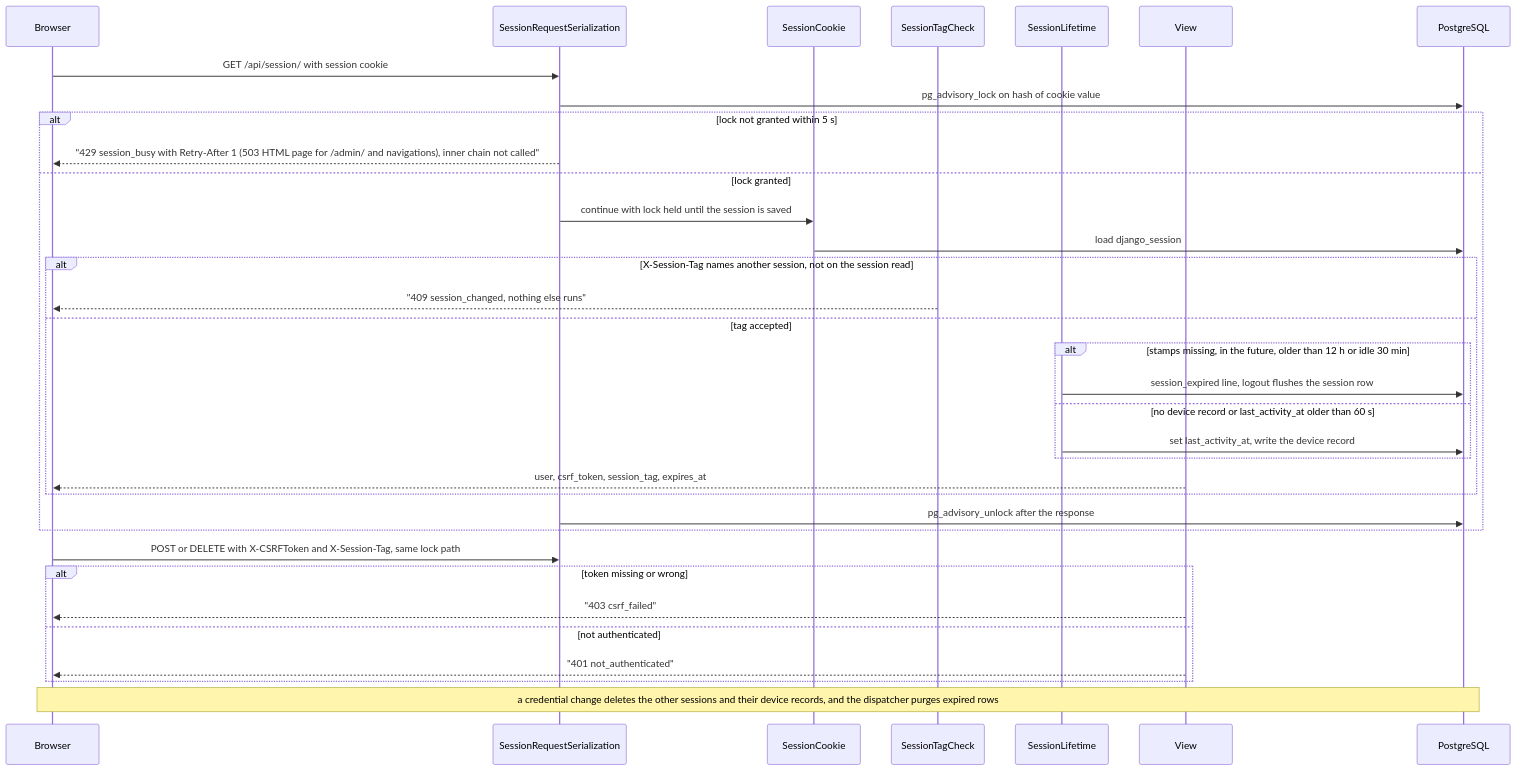
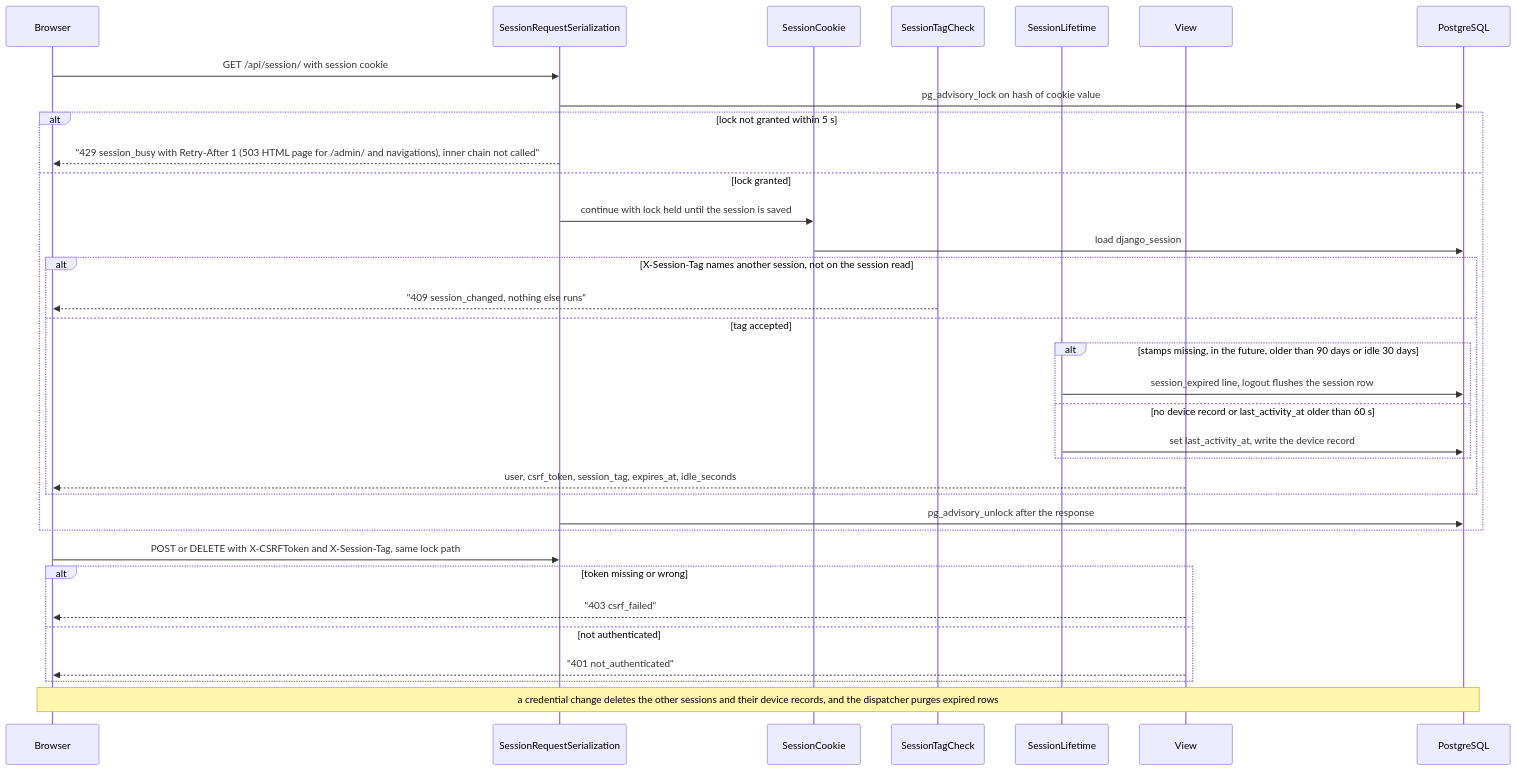
The diagram in docs/flows/session-and-csrf.md (erkurtharun/pyracast), drawn with Mermaid before and after one commit. The commit also changed other lines of this file and 52 other files, not shown here.

First line of the commit message:
Bring the flow pages up to date with the session, forecast and mail changes (#200)

````diff
--- a/docs/flows/session-and-csrf.md
+++ b/docs/flows/session-and-csrf.md
@@ -15,36 +15,36 @@
 ```mermaid
 sequenceDiagram
     participant B as Browser
     participant L as SessionRequestSerialization
     participant C as SessionCookie
     participant T as SessionTagCheck
     participant S as SessionLifetime
     participant V as View
     participant D as PostgreSQL
     B->>L: GET /api/session/ with session cookie
     L->>D: pg_advisory_lock on hash of cookie value
     alt lock not granted within 5 s
         L-->>B: "429 session_busy with Retry-After 1 (503 HTML page for /admin/ and navigations), inner chain not called"
     else lock granted
         L->>C: continue with lock held until the session is saved
         C->>D: load django_session
         alt X-Session-Tag names another session, not on the session read
             T-->>B: "409 session_changed, nothing else runs"
         else tag accepted
-            alt stamps missing, in the future, older than 12 h or idle 30 min
+            alt stamps missing, in the future, older than 90 days or idle 30 days
                 S->>D: session_expired line, logout flushes the session row
             else no device record or last_activity_at older than 60 s
                 S->>D: set last_activity_at, write the device record
             end
-            V-->>B: user, csrf_token, session_tag, expires_at
+            V-->>B: user, csrf_token, session_tag, expires_at, idle_seconds
         end
         L->>D: pg_advisory_unlock after the response
     end
     B->>L: POST or DELETE with X-CSRFToken and X-Session-Tag, same lock path
     alt token missing or wrong
         V-->>B: "403 csrf_failed"
     else not authenticated
         V-->>B: "401 not_authenticated"
     end
     Note over B,D: a credential change deletes the other sessions and their device records, and the dispatcher purges expired rows
 ```
````
